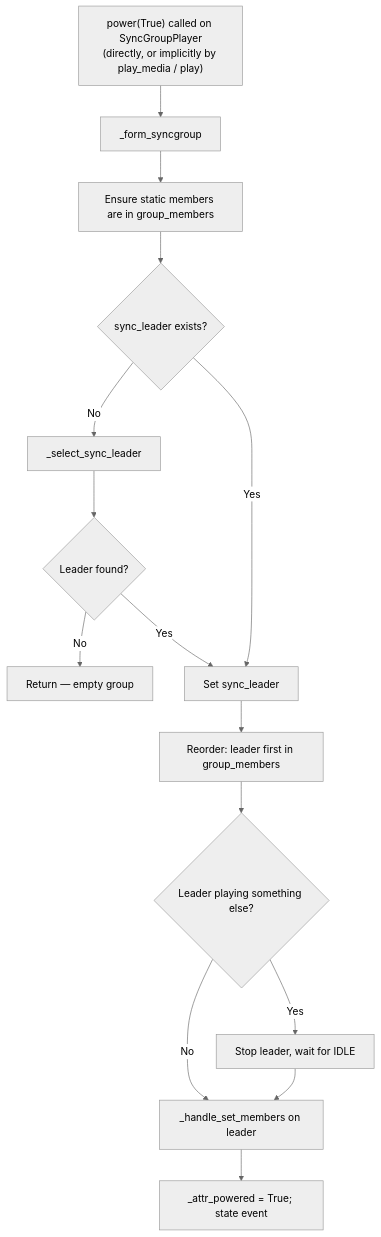
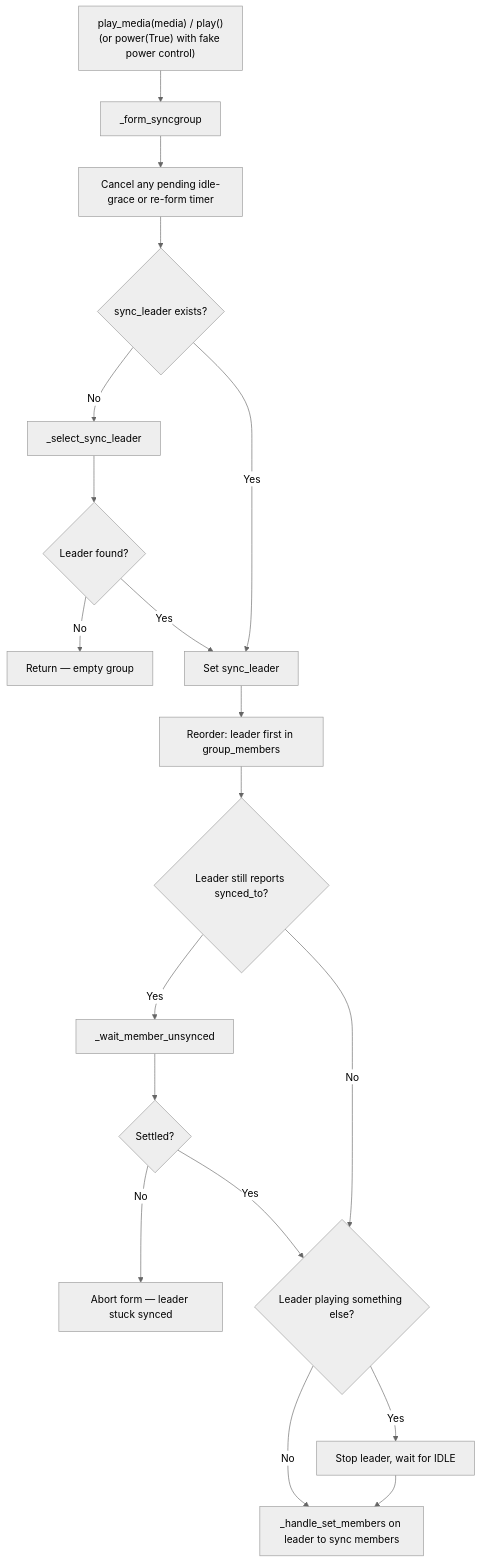
Before and after one commit to theturtle32/music-assistant-server: the first of 4 diagrams in docs/architecture/06-grouping.md, drawn with Mermaid (neutral theme). The commit also changed other lines of this file and 1 other file, not shown here.

First line of the commit message:
docs(architecture): session-based sync group lifecycle and AudioSource volume routing

````diff
--- a/docs/architecture/06-grouping.md
+++ b/docs/architecture/06-grouping.md
@@ -96,17 +153,21 @@
 ```mermaid
 flowchart TD
-    A["power(True) called on SyncGroupPlayer<br/>(directly, or implicitly by play_media / play)"] --> B[_form_syncgroup]
-    B --> D[Ensure static members are in group_members]
-    D --> E{sync_leader exists?}
+    A["play_media(media) / play()<br/>(or power(True) with fake power control)"] --> B[_form_syncgroup]
+    B --> C[Cancel any pending idle-grace or re-form timer]
+    C --> E{sync_leader exists?}
     E -- No --> F[_select_sync_leader]
     F --> G{Leader found?}
     G -- No --> H[Return — empty group]
     G -- Yes --> I[Set sync_leader]
     E -- Yes --> I
     I --> J[Reorder: leader first in group_members]
-    J --> K{Leader playing something else?}
-    K -- Yes --> N[Stop leader, wait for IDLE]
-    K -- No --> O[_handle_set_members on leader]
-    N --> O
-    O --> Z["_attr_powered = True; state event"]
+    J --> K{Leader still reports synced_to?}
+    K -- Yes --> L[_wait_member_unsynced]
+    L --> M{Settled?}
+    M -- No --> N[Abort form — leader stuck synced]
+    M -- Yes --> O{Leader playing something else?}
+    K -- No --> O
+    O -- Yes --> P[Stop leader, wait for IDLE]
+    O -- No --> Q[_handle_set_members on leader to sync members]
+    P --> Q
 ```
````
